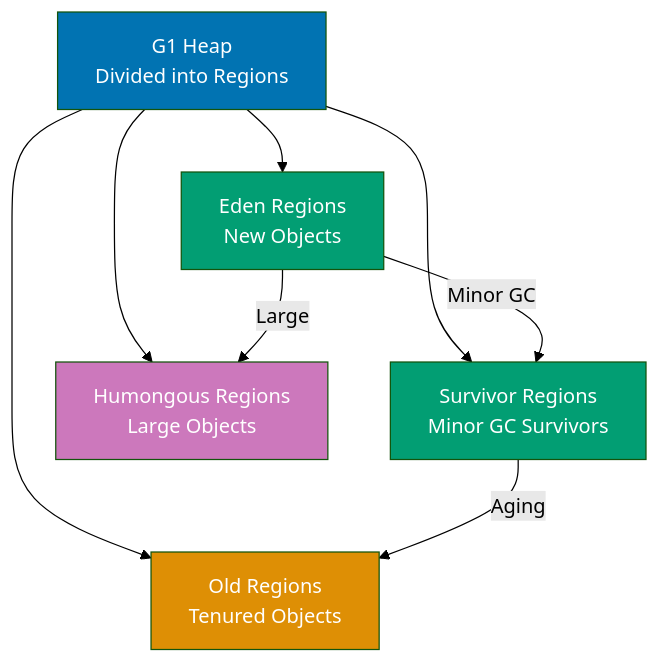
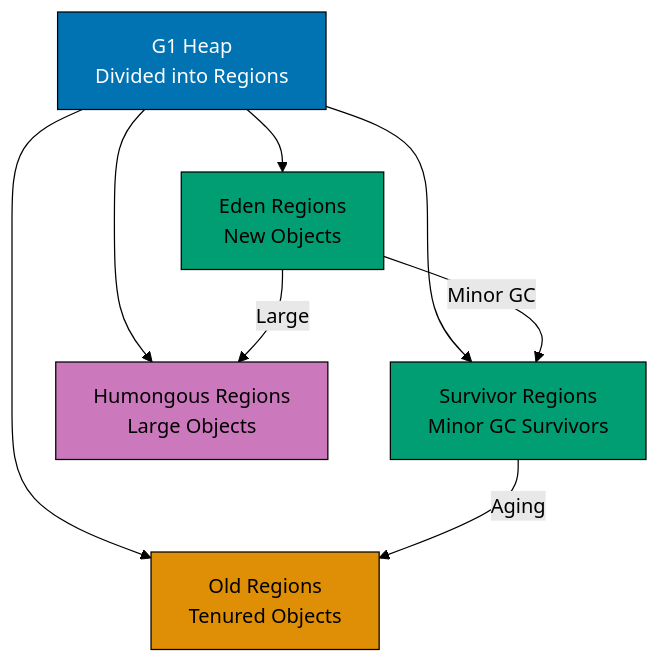
Before and after one commit to wahidyankf/ose-public: diagram 12 of 13 in apps/ayokoding-www/content/en/learn/legacy/software-engineering/programming-languages/java/by-example/advanced.md, drawn with Mermaid (forest theme). The commit also changed other lines of this file and 112 other files, not shown here.

First line of the commit message:
fix(mermaid): bring the legacy programming-languages diagrams onto the accessible palette

````diff
--- a/apps/ayokoding-www/content/en/learn/legacy/software-engineering/programming-languages/java/by-example/advanced.md
+++ b/apps/ayokoding-www/content/en/learn/legacy/software-engineering/programming-languages/java/by-example/advanced.md
@@ -4139,19 +4212,26 @@
 ```mermaid
 graph TD
+    accTitle: Example 86: Garbage Collection with G1GC
+    accDescr: Graph with 5 nodes and 7 connections. Nodes: G1 Heap Divided into Regions, Eden Regions New Objects, Survivor Regions Minor GC Survivors, Old Regions Tenured Objects, Humongous Regions Large Objects. Connections: G1 Heap Divided into Regions to Eden Regions New Objects, G1 Heap Divided into Regions to Survivor Regions Minor GC Survivors, G1 Heap Divided into Regions to Old Regions Tenured Objects, G1 Heap Divided into Regions to Humongous Regions Large Objects, Eden Regions New Objects to Survivor Regions Minor GC Survivors (Minor GC), Survivor Regions Minor GC Survivors to Old Regions Tenured Objects (Aging), Eden Regions New Objects to Humongous Regions Large Objects (Large).
     Heap["G1 Heap<br/>Divided into Regions"]
 
     Heap --> Eden["Eden Regions<br/>New Objects"]
     Heap --> Survivor["Survivor Regions<br/>Minor GC Survivors"]
     Heap --> Old["Old Regions<br/>Tenured Objects"]
     Heap --> Humongous["Humongous Regions<br/>Large Objects"]
 
     Eden -->|Minor GC| Survivor
     Survivor -->|Aging| Old
     Eden -->|Large| Humongous
 
-    style Heap fill:#0173B2,color:#fff
-    style Eden fill:#029E73,color:#fff
-    style Survivor fill:#029E73,color:#fff
-    style Old fill:#DE8F05,color:#fff
-    style Humongous fill:#CC78BC,color:#fff
+    classDef pal-0173B2 fill:#0173B2,stroke:#000000,color:#FFFFFF
+    class Heap pal-0173B2
+    classDef pal-029E73 fill:#029E73,stroke:#000000,color:#000000
+    class Eden pal-029E73
+    class Survivor pal-029E73
+    classDef pal-DE8F05 fill:#DE8F05,stroke:#000000,color:#000000
+    class Old pal-DE8F05
+    classDef pal-CC78BC fill:#CC78BC,stroke:#000000,color:#000000
+    class Humongous pal-CC78BC
+    classDef default fill:#FFFFFF,stroke:#000000,color:#000000
 ```
````
